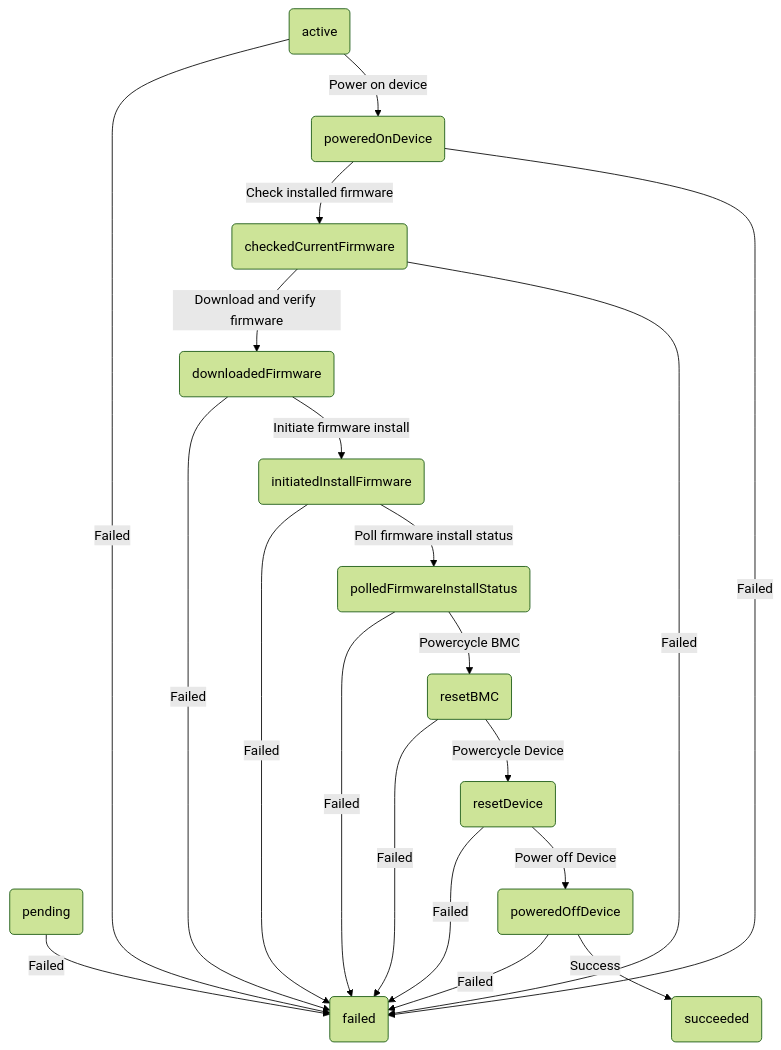
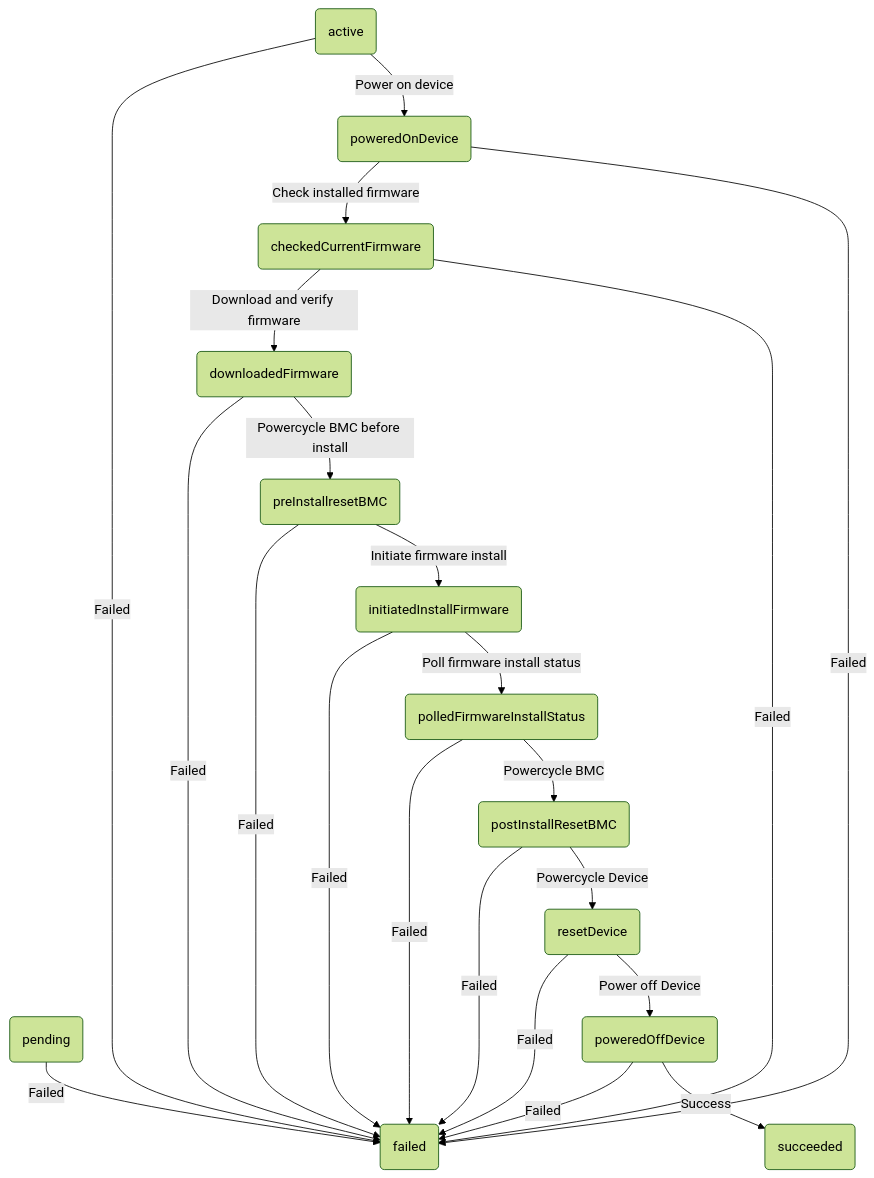
The diagram in docs/statemachine/README-action-statemachine.md (metal-toolbox/flasher), drawn with Mermaid (forest theme) before and after one commit. The commit also changed other lines of this file and 16 other files, not shown here.

````diff
--- a/docs/statemachine/README-action-statemachine.md
+++ b/docs/statemachine/README-action-statemachine.md
@@ -7,35 +7,38 @@
 ```mermaid
 graph TD;
 	n6("active");
 	n1("checkedCurrentFirmware");
 	n3("downloadedFirmware");
 	n4("failed");
-	n7("initiatedInstallFirmware");
+	n8("initiatedInstallFirmware");
 	n5("pending");
-	n8("polledFirmwareInstallStatus");
-	n11("poweredOffDevice");
+	n9("polledFirmwareInstallStatus");
+	n10("postInstallResetBMC");
+	n12("poweredOffDevice");
 	n2("poweredOnDevice");
-	n9("resetBMC");
-	n10("resetDevice");
-	n12("succeeded");
+	n7("preInstallresetBMC");
+	n11("resetDevice");
+	n13("succeeded");
 	n6-->|"Failed"|n4;
 	n6-->|"Power on device"|n2;
 	n1-->|"Download and verify firmware"|n3;
 	n1-->|"Failed"|n4;
 	n3-->|"Failed"|n4;
-	n3-->|"Initiate firmware install"|n7;
-	n7-->|"Failed"|n4;
-	n7-->|"Poll firmware install status"|n8;
+	n3-->|"Powercycle BMC before install"|n7;
+	n8-->|"Failed"|n4;
+	n8-->|"Poll firmware install status"|n9;
 	n5-->|"Failed"|n4;
-	n8-->|"Failed"|n4;
-	n8-->|"Powercycle BMC"|n9;
-	n11-->|"Failed"|n4;
-	n11-->|"Success"|n12;
+	n9-->|"Failed"|n4;
+	n9-->|"Powercycle BMC"|n10;
+	n10-->|"Failed"|n4;
+	n10-->|"Powercycle Device"|n11;
+	n12-->|"Failed"|n4;
+	n12-->|"Success"|n13;
 	n2-->|"Check installed firmware"|n1;
 	n2-->|"Failed"|n4;
-	n9-->|"Failed"|n4;
-	n9-->|"Powercycle Device"|n10;
-	n10-->|"Failed"|n4;
-	n10-->|"Power off Device"|n11;
+	n7-->|"Failed"|n4;
+	n7-->|"Initiate firmware install"|n8;
+	n11-->|"Failed"|n4;
+	n11-->|"Power off Device"|n12;
 
 ```
````
